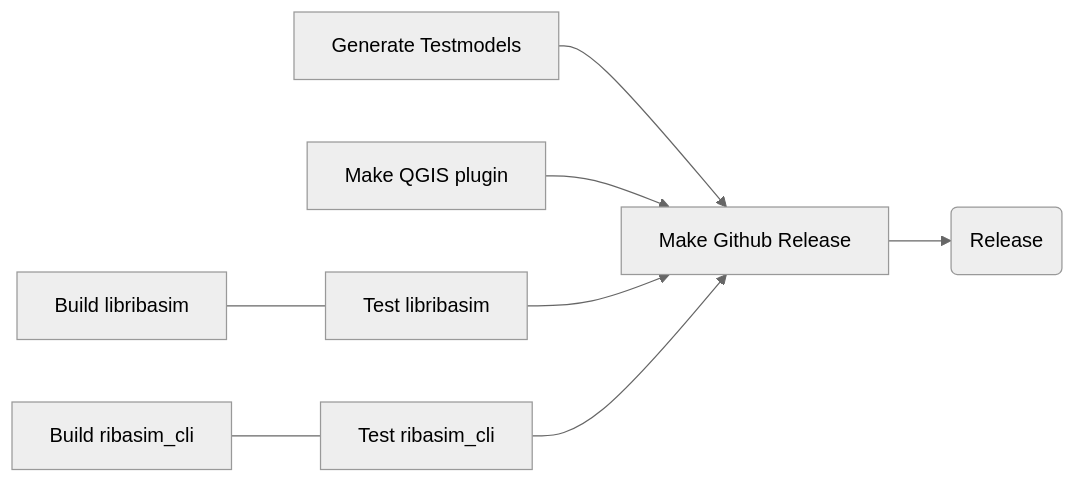
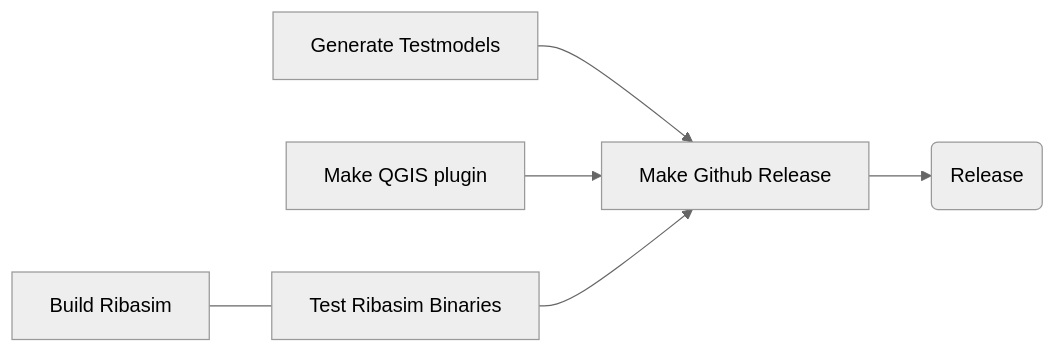
Before and after one commit to Deltares/Ribasim: the third of 3 diagrams in docs/contribute/ci.qmd, drawn with Mermaid (neutral theme). The commit also changed other lines of this file, not shown here.

````diff
--- a/docs/contribute/ci.qmd
+++ b/docs/contribute/ci.qmd
@@ -67,10 +65,8 @@
 ```{mermaid}
 graph LR
     A[Make Github Release]-->B(Release)
     F[Generate Testmodels]-->A
     G[Make QGIS plugin]-->A
-    H[Build libribasim]---D[Test libribasim]
+    H[Build Ribasim]---D[Test Ribasim Binaries]
     D-->A
-    C[Build ribasim_cli] --- E[Test ribasim_cli]
-    E-->A
 ```
````
